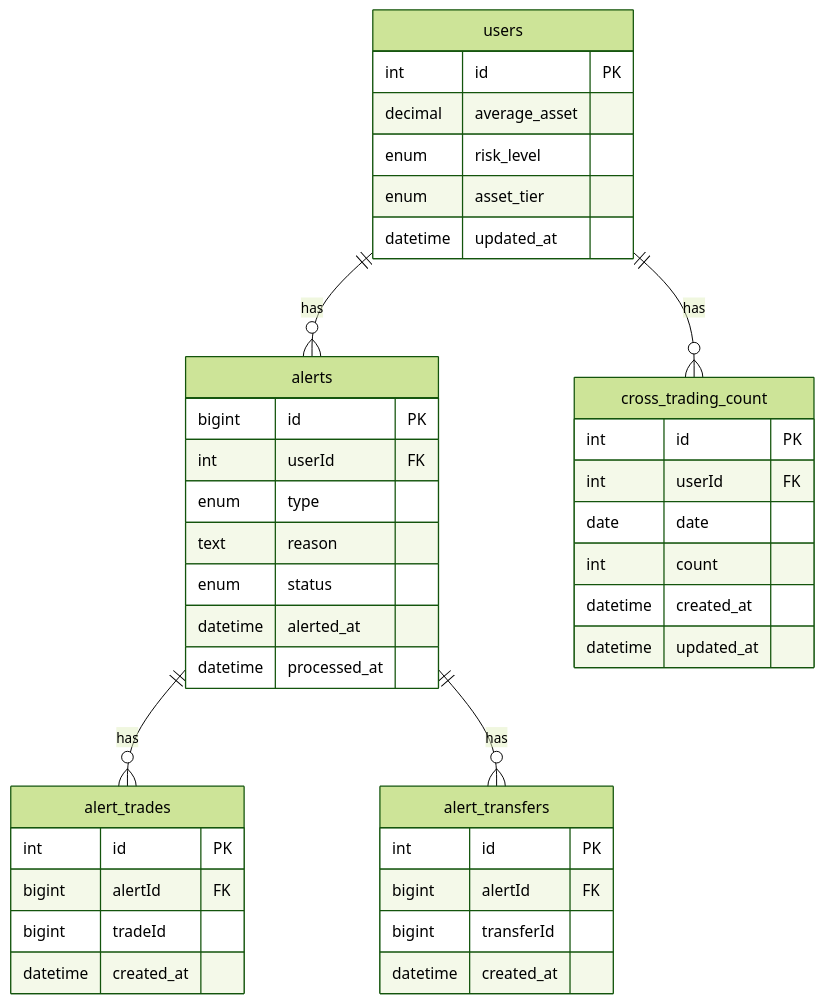
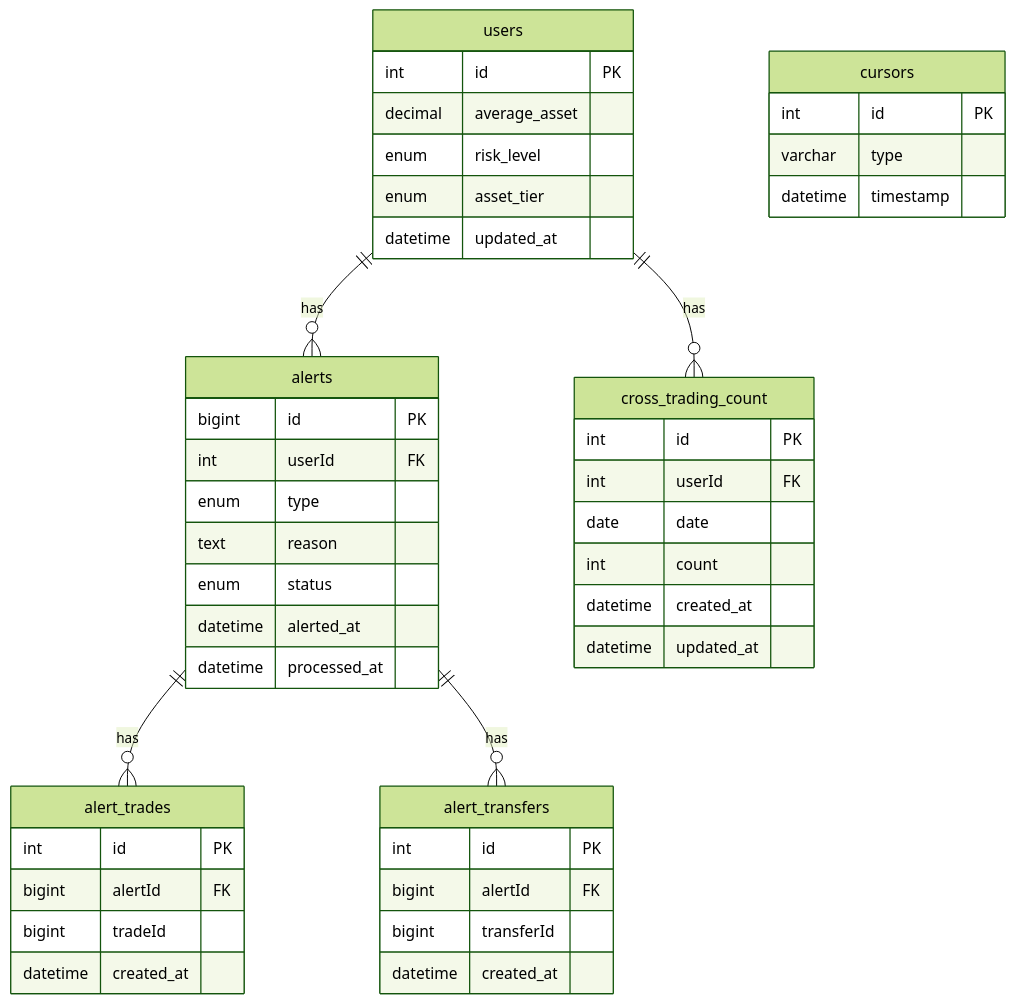
Before and after one commit to kangbaek324/AML: the first of 2 diagrams in backend/README.md, drawn with Mermaid (forest theme). The commit also changed other lines of this file and 6 other files, not shown here.

````diff
--- a/backend/README.md
+++ b/backend/README.md
@@ -18,48 +18,54 @@
 ```mermaid
 erDiagram
     users ||--o{ alerts : "has"
     users ||--o{ cross_trading_count : "has"
     alerts ||--o{ alert_trades : "has"
     alerts ||--o{ alert_transfers : "has"
 
     users {
         int id PK
         decimal average_asset
         enum risk_level
         enum asset_tier
         datetime updated_at
     }
 
     alerts {
         bigint id PK
         int userId FK
         enum type
         text reason
         enum status
         datetime alerted_at
         datetime processed_at
     }
 
     alert_trades {
         int id PK
         bigint alertId FK
         bigint tradeId
         datetime created_at
     }
 
     alert_transfers {
         int id PK
         bigint alertId FK
         bigint transferId
         datetime created_at
     }
 
     cross_trading_count {
         int id PK
         int userId FK
         date date
         int count
         datetime created_at
         datetime updated_at
     }
+
+    cursors {
+        int id PK
+        varchar type
+        datetime timestamp
+    }
 ```
````
